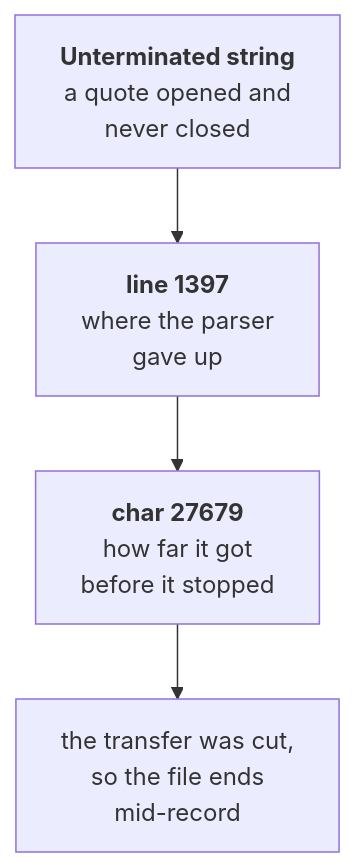
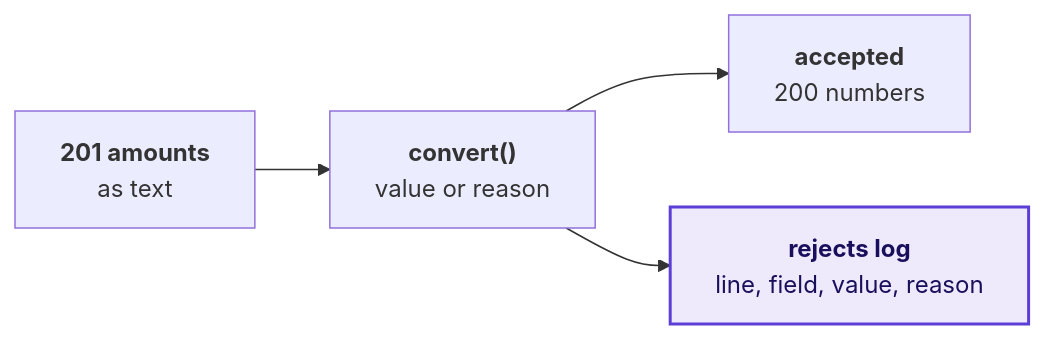
One commit to fde-academy-lab/c2-content-factory changed the eighth of 21 diagrams in content/W01/D3/slides/C2_W01_D03_half1_STUDENT.md. Above: the diagram before and after it, drawn with Mermaid. The commit also changed other lines of this file and 3 other files, not shown here.

````diff
--- a/content/W01/D3/slides/C2_W01_D03_half1_STUDENT.md
+++ b/content/W01/D3/slides/C2_W01_D03_half1_STUDENT.md
@@ -104,6 +346,8 @@
 ```mermaid
-flowchart TB
-    A["<b>Unterminated string</b><br/>a quote opened and<br/>never closed"] --> B["<b>line 1397</b><br/>where the parser<br/>gave up"]
-    B --> C["<b>char 27679</b><br/>how far it got<br/>before it stopped"]
-    C --> D["the transfer was cut,<br/>so the file ends<br/>mid-record"]
+flowchart LR
+    T["<b>201 amounts</b><br/>as text"] --> C["<b>convert()</b><br/>value or reason"]
+    C --> A["<b>accepted</b><br/>200 numbers"]
+    C --> L["<b>rejects log</b><br/>line, field, value, reason"]
+    classDef known fill:#EEEAFB,stroke:#5B3FD6,color:#1A0F5C,stroke-width:2px
+    class L known
 ```
````
